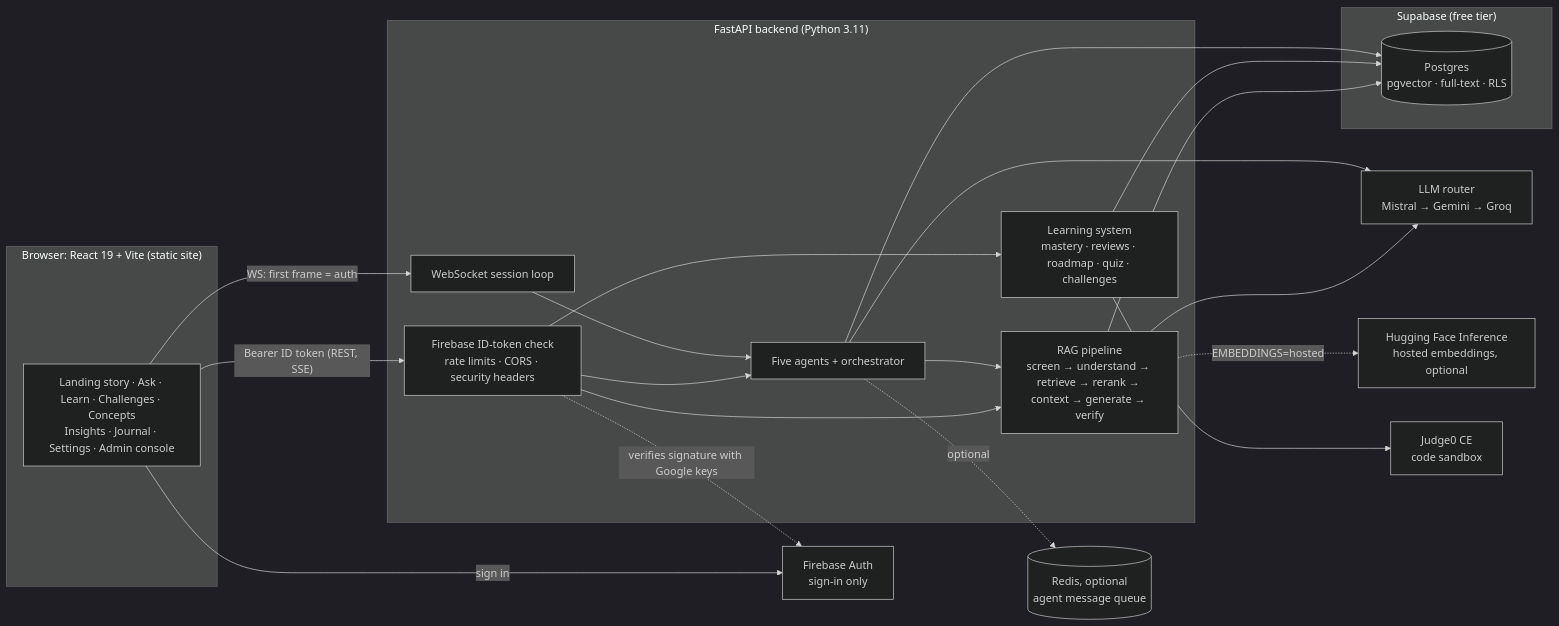
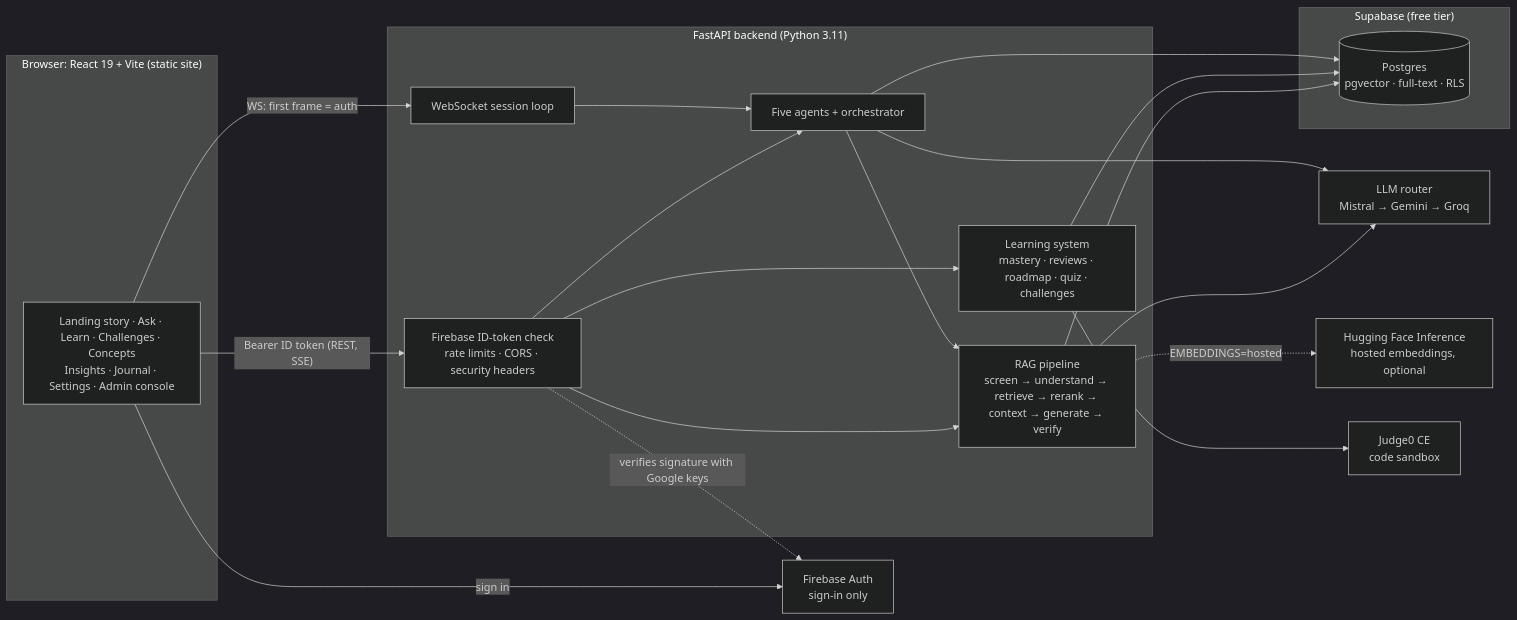
One commit to NikhilMamilla/AI-Orchestrator changed the first of 2 diagrams in Production-Core/docs/ARCHITECTURE.md. Above: the diagram before and after it, drawn with Mermaid (dark theme). The commit also changed other lines of this file and 16 other files, not shown here.

Commit message:
fix(M14): remove the write-only Redis message queue (nothing consumed it); the app needs no Redis

````diff
--- a/Production-Core/docs/ARCHITECTURE.md
+++ b/Production-Core/docs/ARCHITECTURE.md
@@ -13,36 +13,34 @@
 ```mermaid
 flowchart LR
     subgraph Browser["Browser: React 19 + Vite (static site)"]
       UI[Landing story · Ask · Learn · Challenges · Concepts<br/>Insights · Journal · Settings · Admin console]
     end
     subgraph API["FastAPI backend (Python 3.11)"]
       SEC[Firebase ID-token check<br/>rate limits · CORS · security headers]
       RAG[RAG pipeline<br/>screen → understand → retrieve → rerank → context → generate → verify]
       LRN[Learning system<br/>mastery · reviews · roadmap · quiz · challenges]
       AG[Five agents + orchestrator]
       WS[WebSocket session loop]
     end
     FB[Firebase Auth<br/>sign-in only]
     subgraph SB["Supabase (free tier)"]
       PG[(Postgres<br/>pgvector · full-text · RLS)]
     end
     LLM[LLM router<br/>Mistral → Gemini → Groq]
     HF[Hugging Face Inference<br/>hosted embeddings, optional]
     J0[Judge0 CE<br/>code sandbox]
-    RD[(Redis, optional<br/>agent message queue)]
 
     UI -- sign in --> FB
     UI -- "Bearer ID token (REST, SSE)" --> SEC
     UI -- "WS: first frame = auth" --> WS
     SEC -. verifies signature with Google keys .-> FB
     SEC --> RAG & LRN & AG
     WS --> AG --> RAG
     RAG --> PG
     LRN --> PG
     AG --> PG
     RAG --> LLM
     AG --> LLM
     RAG -. EMBEDDINGS=hosted .-> HF
     LRN --> J0
-    AG -. optional .-> RD
 ```
````
